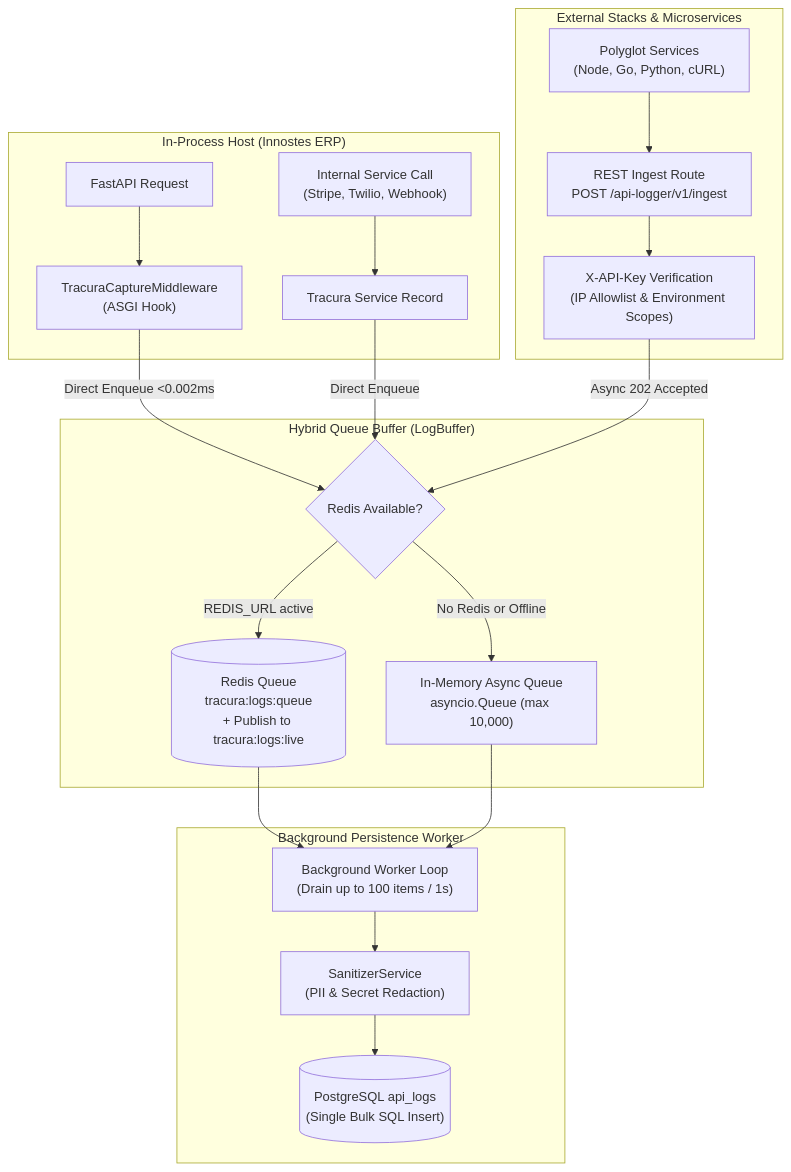
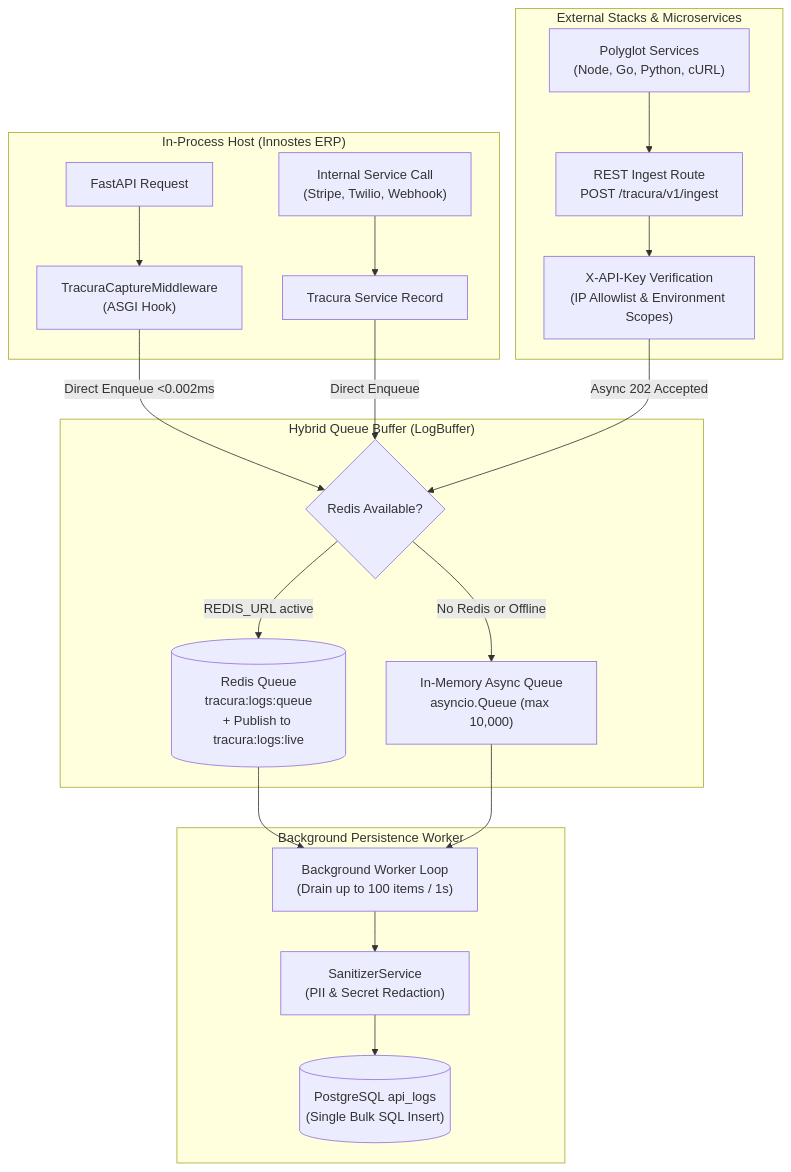
The fifth of 5 diagrams in plugins/tracura/ARCHITECTURE.md (innostes-dev/erp), drawn with Mermaid before and after one commit. The commit also changed other lines of this file and 5 other files, not shown here.

Commit message:
docs(tracura): update comprehensive architecture, REST reference, and dev-docs guide

````diff
--- a/plugins/tracura/ARCHITECTURE.md
+++ b/plugins/tracura/ARCHITECTURE.md
@@ -711,28 +711,28 @@
 ```mermaid
 flowchart TD
     subgraph HostERP ["In-Process Host (Innostes ERP)"]
         Req["FastAPI Request"] --> Middleware["TracuraCaptureMiddleware<br/>(ASGI Hook)"]
         SvcCall["Internal Service Call<br/>(Stripe, Twilio, Webhook)"] --> SvcLog["Tracura Service Record"]
     end
 
     subgraph ExternalServices ["External Stacks & Microservices"]
-        ExtApps["Polyglot Services<br/>(Node, Go, Python, cURL)"] --> HTTPGate["REST Ingest Route<br/>POST /api-logger/v1/ingest"]
+        ExtApps["Polyglot Services<br/>(Node, Go, Python, cURL)"] --> HTTPGate["REST Ingest Route<br/>POST /tracura/v1/ingest"]
         HTTPGate --> KeyVerify["X-API-Key Verification<br/>(IP Allowlist & Environment Scopes)"]
     end
 
     subgraph HybridQueue ["Hybrid Queue Buffer (LogBuffer)"]
         Middleware -->|Direct Enqueue <0.002ms| DriverSwitch{"Redis Available?"}
         SvcLog -->|Direct Enqueue| DriverSwitch
         KeyVerify -->|Async 202 Accepted| DriverSwitch
 
         DriverSwitch -->|REDIS_URL active| RedisList[("Redis Queue<br/>tracura:logs:queue<br/>+ Publish to tracura:logs:live")]
         DriverSwitch -->|No Redis or Offline| MemQueue["In-Memory Async Queue<br/>asyncio.Queue (max 10,000)"]
     end
 
     subgraph BatchPersistence ["Background Persistence Worker"]
         RedisList --> Flusher["Background Worker Loop<br/>(Drain up to 100 items / 1s)"]
         MemQueue --> Flusher
         Flusher --> Sanitizer["SanitizerService<br/>(PII & Secret Redaction)"]
         Sanitizer --> DB[("PostgreSQL api_logs<br/>(Single Bulk SQL Insert)")]
     end
 ```
````
